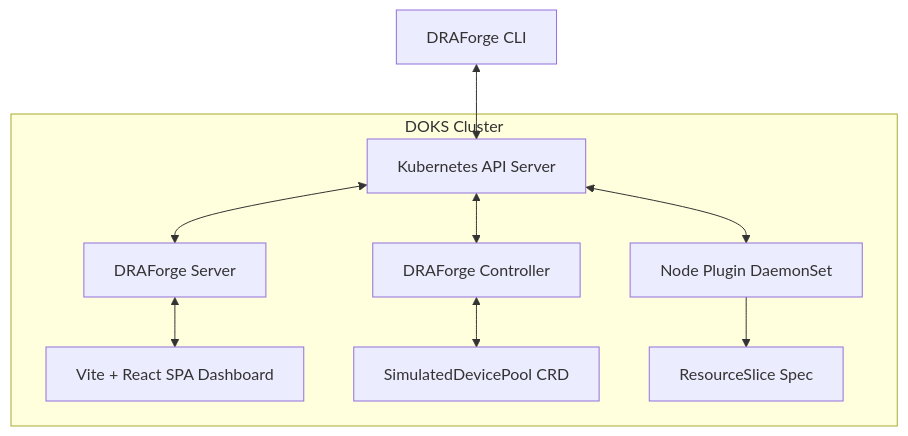
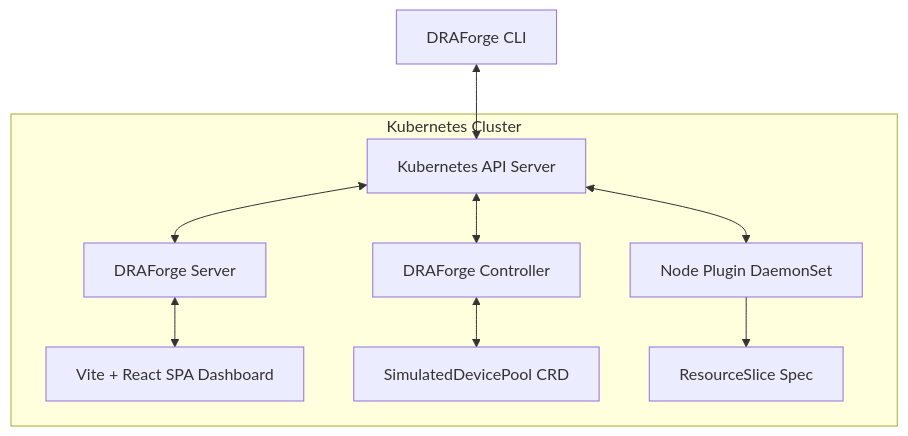
Before and after one commit to oaslananka/draforge: the diagram in README.md, drawn with Mermaid. The commit also changed other lines of this file and 21 other files, not shown here.

````diff
--- a/README.md
+++ b/README.md
@@ -33,12 +33,12 @@
 ```mermaid
 graph TD
-    subgraph DOKS Cluster
+    subgraph Kubernetes Cluster
         Server[DRAForge Server] <--> WebSPA[Vite + React SPA Dashboard]
         Controller[DRAForge Controller] <--> SimulatedDevicePool[SimulatedDevicePool CRD]
         Plugin[Node Plugin DaemonSet] --> ResourceSlice[ResourceSlice Spec]
         APIServer[Kubernetes API Server] <--> Server
         APIServer <--> Controller
         APIServer <--> Plugin
     end
     CLI[DRAForge CLI] <--> APIServer
 ```
````
